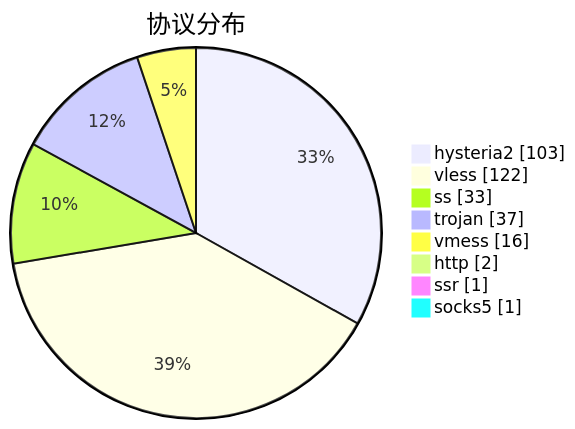
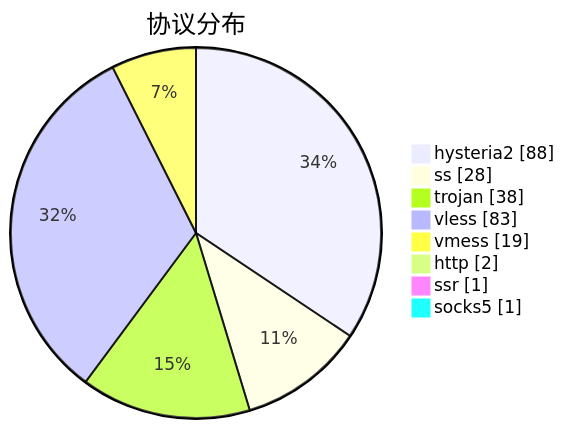
The third of 3 diagrams in subs/statistics/tested_within.md (sinspired/airport), drawn with Mermaid before and after one commit. The commit also changed other lines of this file and 2 other files, not shown here.

````diff
--- a/subs/statistics/tested_within.md
+++ b/subs/statistics/tested_within.md
@@ -42,12 +36,12 @@
 ```mermaid
 pie showData
 title 协议分布
-"hysteria2" : 103
-"vless" : 122
-"ss" : 33
-"trojan" : 37
-"vmess" : 16
+"hysteria2" : 88
+"ss" : 28
+"trojan" : 38
+"vless" : 83
+"vmess" : 19
 "http" : 2
 "ssr" : 1
 "socks5" : 1
 ```
````
